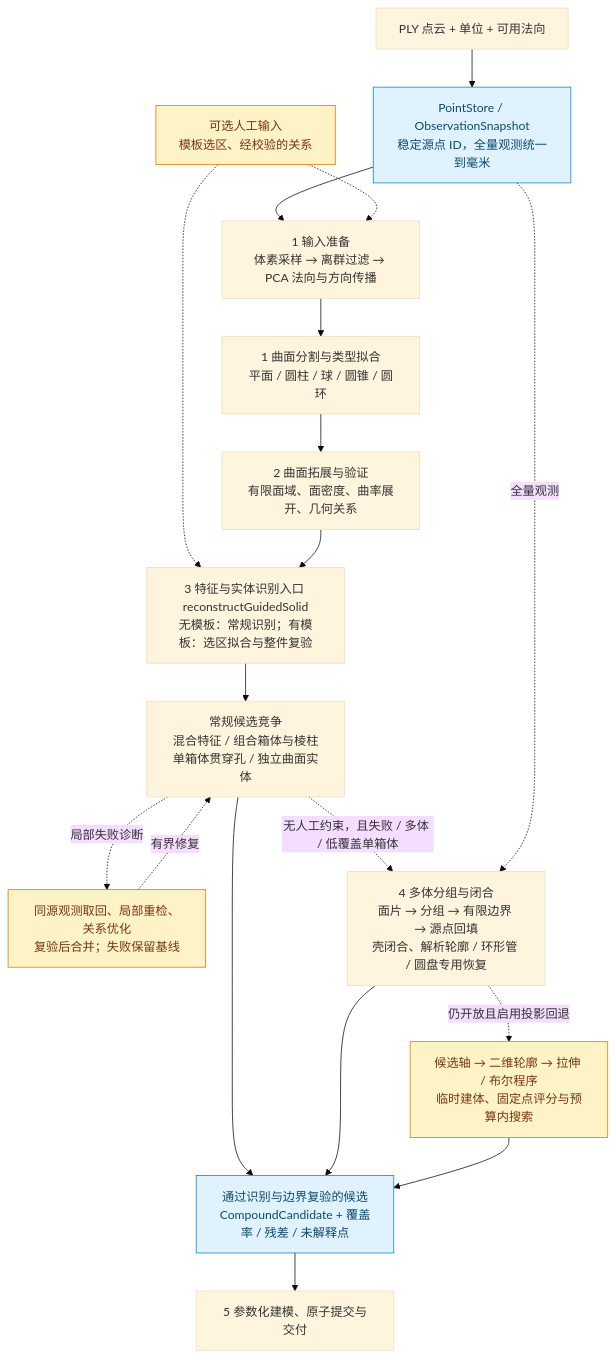
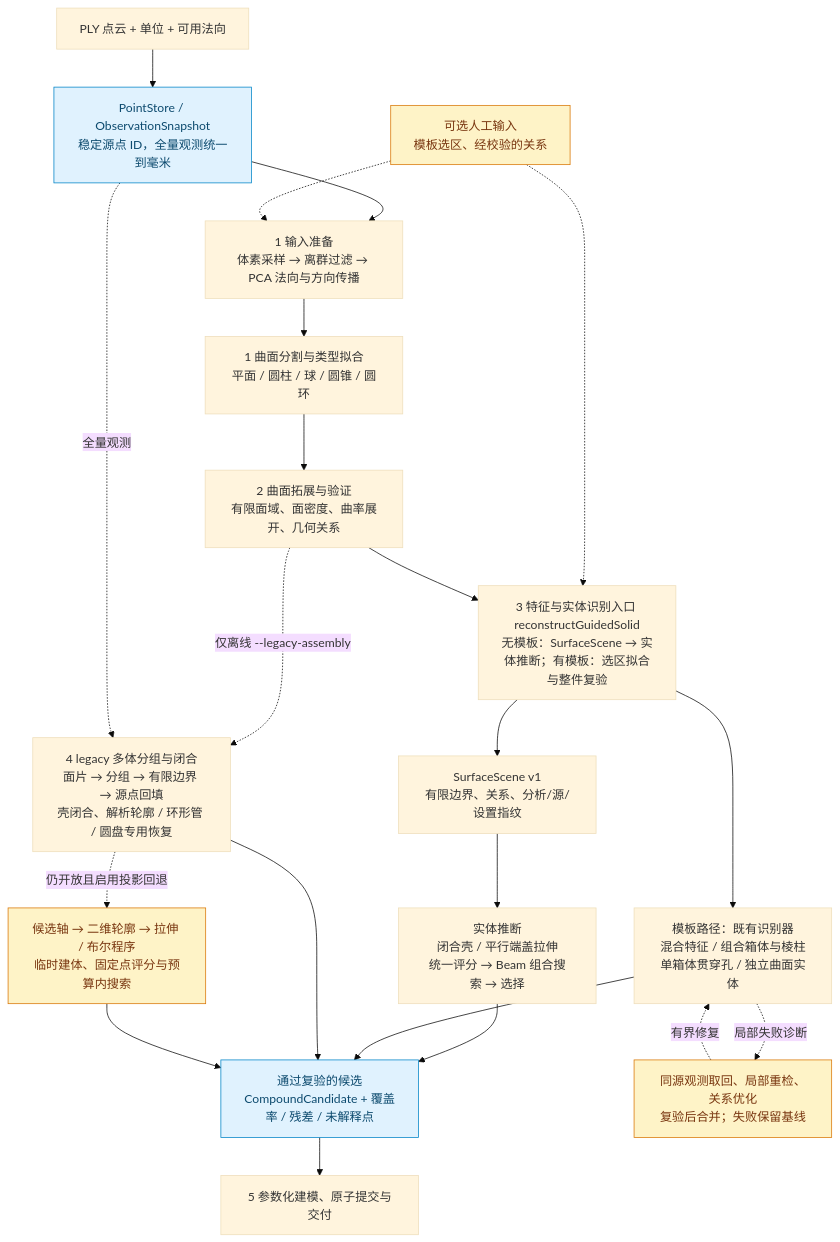
Before and after one commit to ghhufue/Bochu-ParamCAD: the third of 4 diagrams in docs/site/getting-started/introduction.md, drawn with Mermaid (base theme). The commit also changed other lines of this file and 28 other files, not shown here.

Commit message:
docs: document surface scene solid inference and legacy isolation

````diff
--- a/docs/site/getting-started/introduction.md
+++ b/docs/site/getting-started/introduction.md
@@ -107,26 +107,29 @@
 ```mermaid
 flowchart TB
     PLY["PLY 点云 + 单位 + 可用法向"] --> SNAP["PointStore / ObservationSnapshot<br/>稳定源点 ID，全量观测统一到毫米"]
     SNAP --> PRE["1 输入准备<br/>体素采样 → 离群过滤 → PCA 法向与方向传播"]
     PRE --> ANALYSIS["1 曲面分割与类型拟合<br/>平面 / 圆柱 / 球 / 圆锥 / 圆环"]
     ANALYSIS --> SUPPORT["2 曲面拓展与验证<br/>有限面域、面密度、曲率展开、几何关系"]
     HINT["可选人工输入<br/>模板选区、经校验的关系"]
     HINT -.-> PRE
     HINT -.-> GUIDED
-    SUPPORT --> GUIDED["3 特征与实体识别入口 reconstructGuidedSolid<br/>无模板：常规识别；有模板：选区拟合与整件复验"]
-    GUIDED --> RECOGNIZE["常规候选竞争<br/>混合特征 / 组合箱体与棱柱<br/>单箱体贯穿孔 / 独立曲面实体"]
+    SUPPORT --> GUIDED["3 特征与实体识别入口 reconstructGuidedSolid<br/>无模板：SurfaceScene → 实体推断；有模板：选区拟合与整件复验"]
+    GUIDED --> SCENE["SurfaceScene v1<br/>有限边界、关系、分析/源/设置指纹"]
+    SCENE --> INFER["实体推断<br/>闭合壳 / 平行端盖拉伸<br/>统一评分 → Beam 组合搜索 → 选择"]
+    INFER --> CANDIDATE["通过复验的候选<br/>CompoundCandidate + 覆盖率 / 残差 / 未解释点"]
+    GUIDED --> RECOGNIZE["模板路径：既有识别器<br/>混合特征 / 组合箱体与棱柱<br/>单箱体贯穿孔 / 独立曲面实体"]
     RECOGNIZE -. "局部失败诊断" .-> REPAIR["同源观测取回、局部重检、关系优化<br/>复验后合并；失败保留基线"]
     REPAIR -. "有界修复" .-> RECOGNIZE
-    RECOGNIZE --> CANDIDATE["通过识别与边界复验的候选<br/>CompoundCandidate + 覆盖率 / 残差 / 未解释点"]
-    RECOGNIZE -. "无人工约束，且失败 / 多体 / 低覆盖单箱体" .-> ASSEMBLY
+    RECOGNIZE --> CANDIDATE
+    SUPPORT -. "仅离线 --legacy-assembly" .-> ASSEMBLY
     SNAP -. "全量观测" .-> ASSEMBLY
-    ASSEMBLY["4 多体分组与闭合<br/>面片 → 分组 → 有限边界 → 源点回填<br/>壳闭合、解析轮廓 / 环形管 / 圆盘专用恢复"]
+    ASSEMBLY["4 legacy 多体分组与闭合<br/>面片 → 分组 → 有限边界 → 源点回填<br/>壳闭合、解析轮廓 / 环形管 / 圆盘专用恢复"]
     ASSEMBLY --> CANDIDATE
     ASSEMBLY -. "仍开放且启用投影回退" .-> PROJECTION["候选轴 → 二维轮廓 → 拉伸 / 布尔程序<br/>临时建体、固定点评分与预算内搜索"]
     PROJECTION --> CANDIDATE
     CANDIDATE --> NEXT["5 参数化建模、原子提交与交付"]
     classDef interface fill:#e0f2fe,stroke:#0284c7,color:#0c4a6e
     classDef optional fill:#fef3c7,stroke:#d97706,color:#78350f
     class SNAP,CANDIDATE interface
     class HINT,REPAIR,PROJECTION optional
 ```
````
